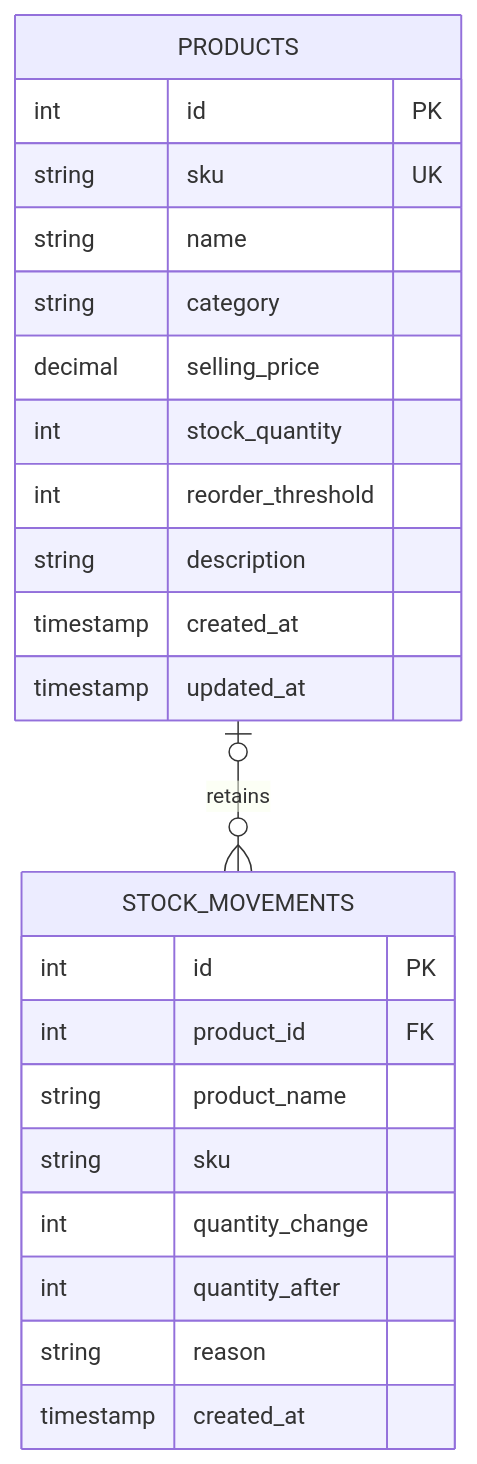
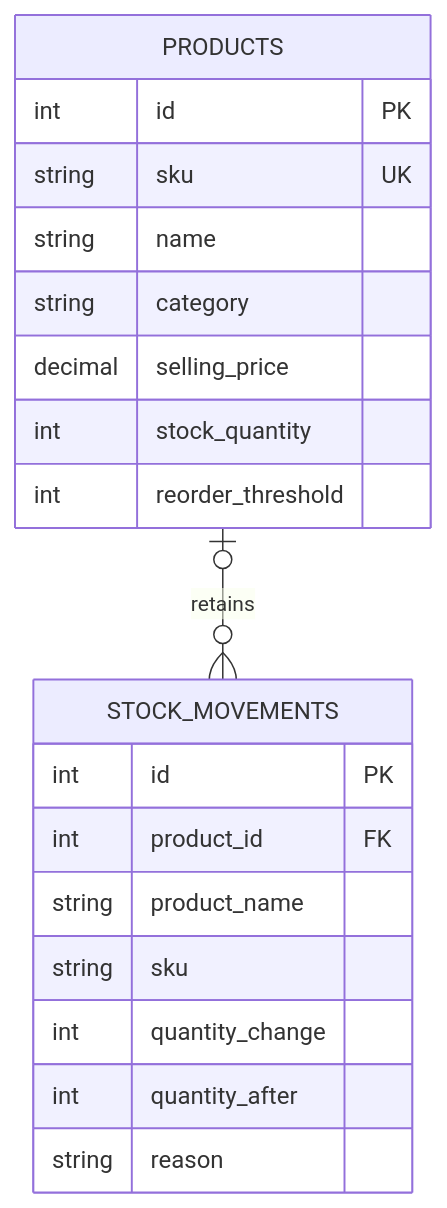
One commit to not-so-shubh/devops-project changed the second of 3 diagrams in docs/ARCHITECTURE.md. Above: the diagram before and after it, drawn with Mermaid. The commit also changed other lines of this file and 35 other files, not shown here.

````diff
--- a/docs/ARCHITECTURE.md
+++ b/docs/ARCHITECTURE.md
@@ -5,26 +29,22 @@
 ```mermaid
 erDiagram
   PRODUCTS o|--o{ STOCK_MOVEMENTS : retains
   PRODUCTS {
     int id PK
     string sku UK
     string name
     string category
     decimal selling_price
     int stock_quantity
     int reorder_threshold
-    string description
-    timestamp created_at
-    timestamp updated_at
   }
   STOCK_MOVEMENTS {
     int id PK
     int product_id FK
     string product_name
     string sku
     int quantity_change
     int quantity_after
     string reason
-    timestamp created_at
   }
 ```
````
